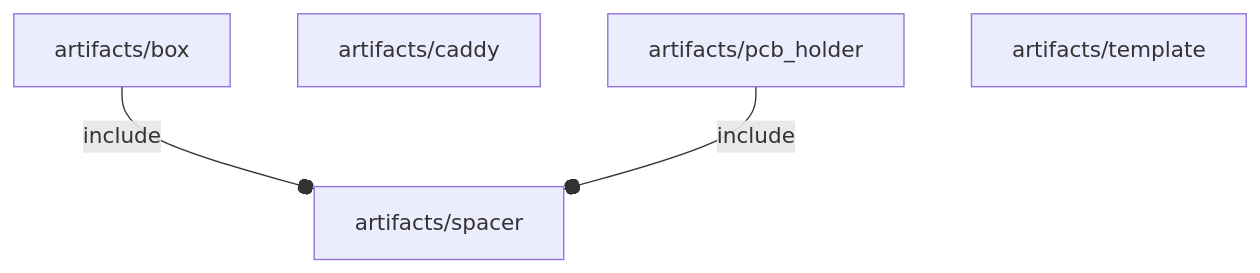
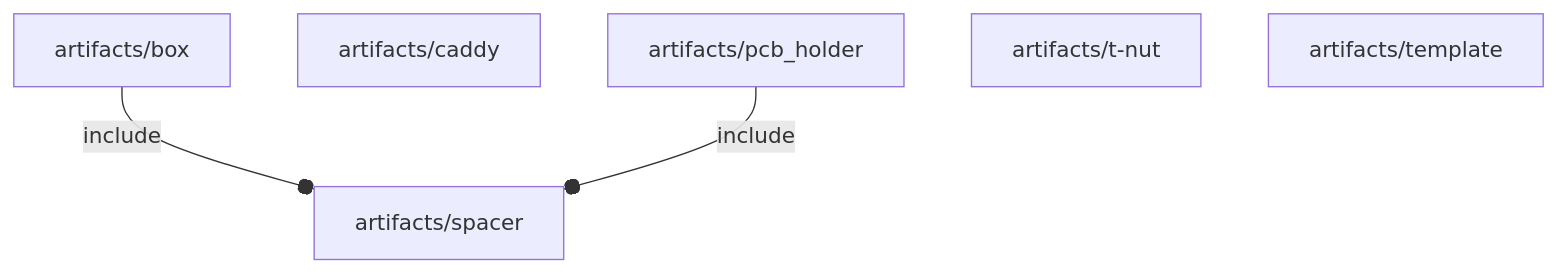
Before and after one commit to ggabbiani/OFL: the diagram in orthodocs/artifacts/deps.md, drawn with Mermaid. The commit also changed 74 other files, not shown here.

````diff
--- a/orthodocs/artifacts/deps.md
+++ b/orthodocs/artifacts/deps.md
@@ -3,8 +3,9 @@
 ```mermaid
 graph TD
     A1[artifacts/box] --o|include| A2[artifacts/spacer]
     A3[artifacts/caddy]
     A4[artifacts/pcb_holder] --o|include| A2
     A2
-    A5[artifacts/template]
+    A5[artifacts/t-nut]
+    A6[artifacts/template]
 ```
````
